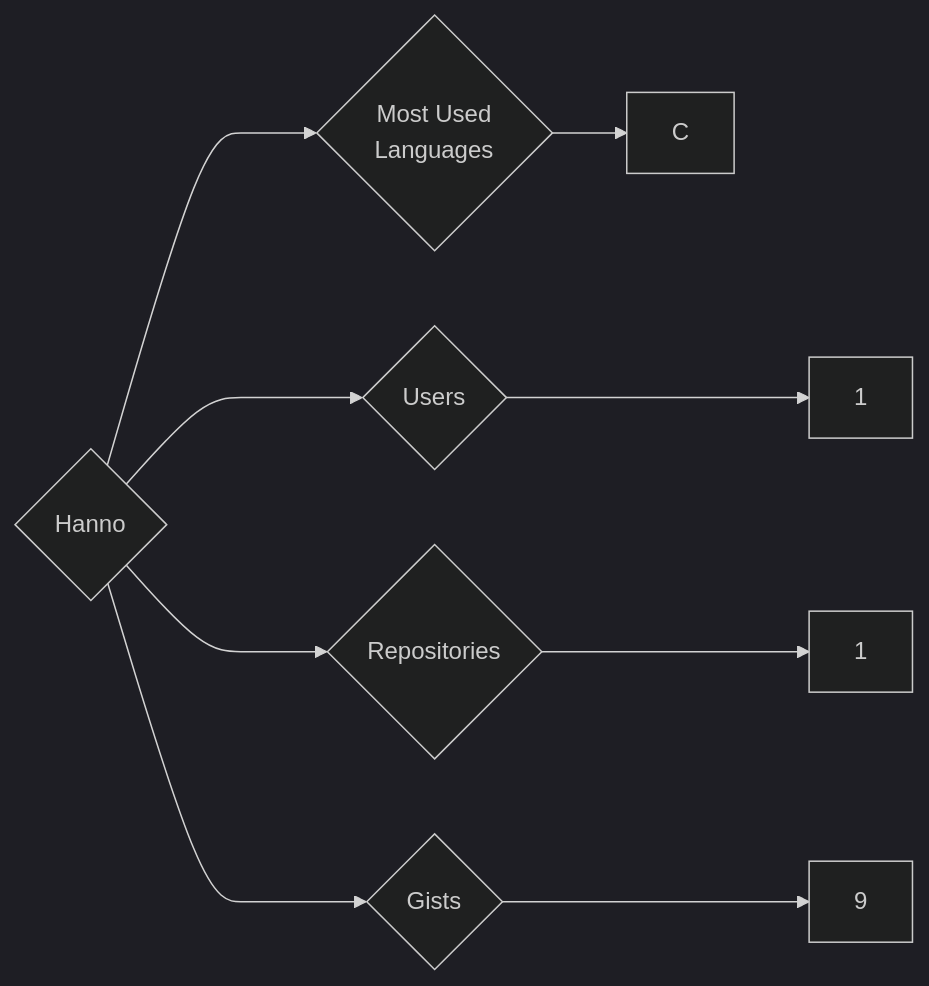
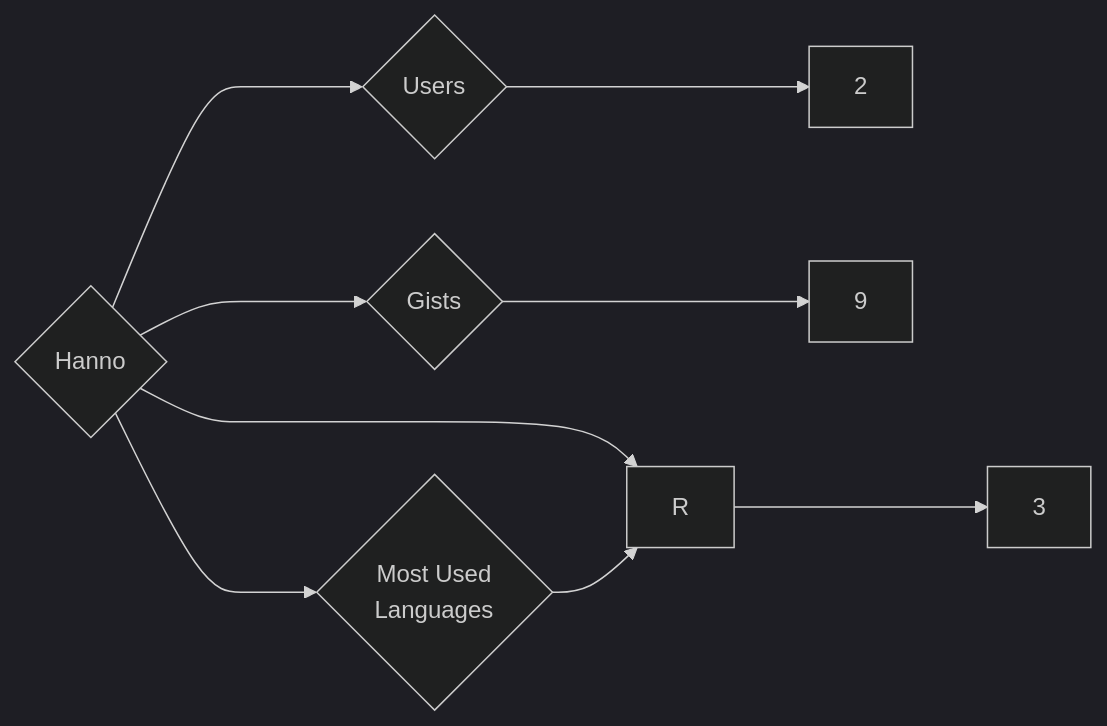
One commit to trickest/insiders changed the diagram in targets/Hanno/README.md. Above: the diagram before and after it, drawn with Mermaid (dark theme). The commit also changed 1166 other files, not shown here.

````diff
--- a/targets/Hanno/README.md
+++ b/targets/Hanno/README.md
@@ -3,9 +3,9 @@
 ```mermaid
 graph LR
 COMPANY_NAME{Hanno}
-COMPANY_NAME ---> U{Users} ---> UN[1]
-COMPANY_NAME ---> R{Repositories} ---> RN[1]
+COMPANY_NAME ---> U{Users} ---> UN[2]
+COMPANY_NAME ---> R{Repositories} ---> RN[3]
 COMPANY_NAME ---> G{Gists} ---> GN[9]
 COMPANY_NAME ---> ML{Most Used<br>Languages}
-ML --> C[C]
+ML --> R[R]
 ```
````
